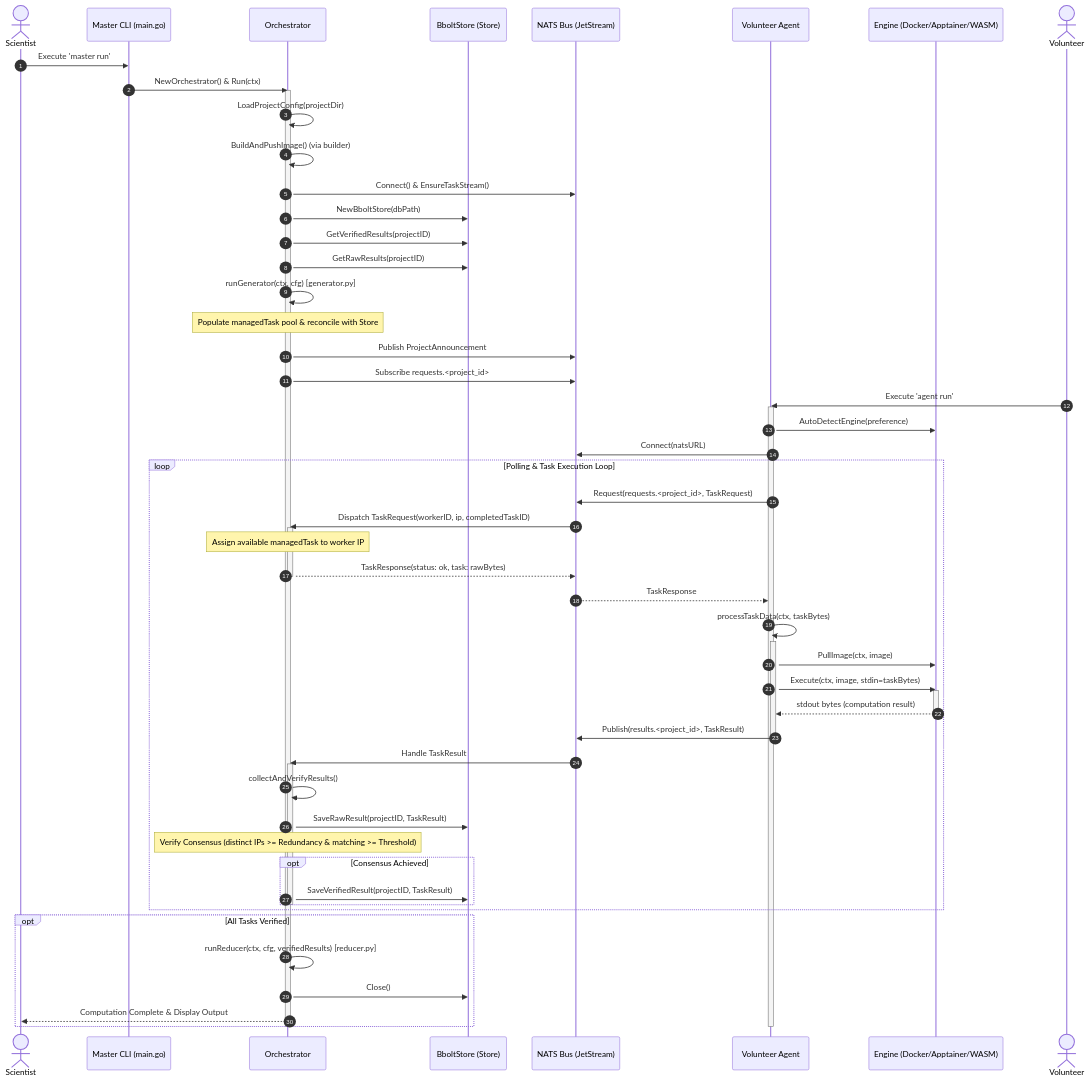
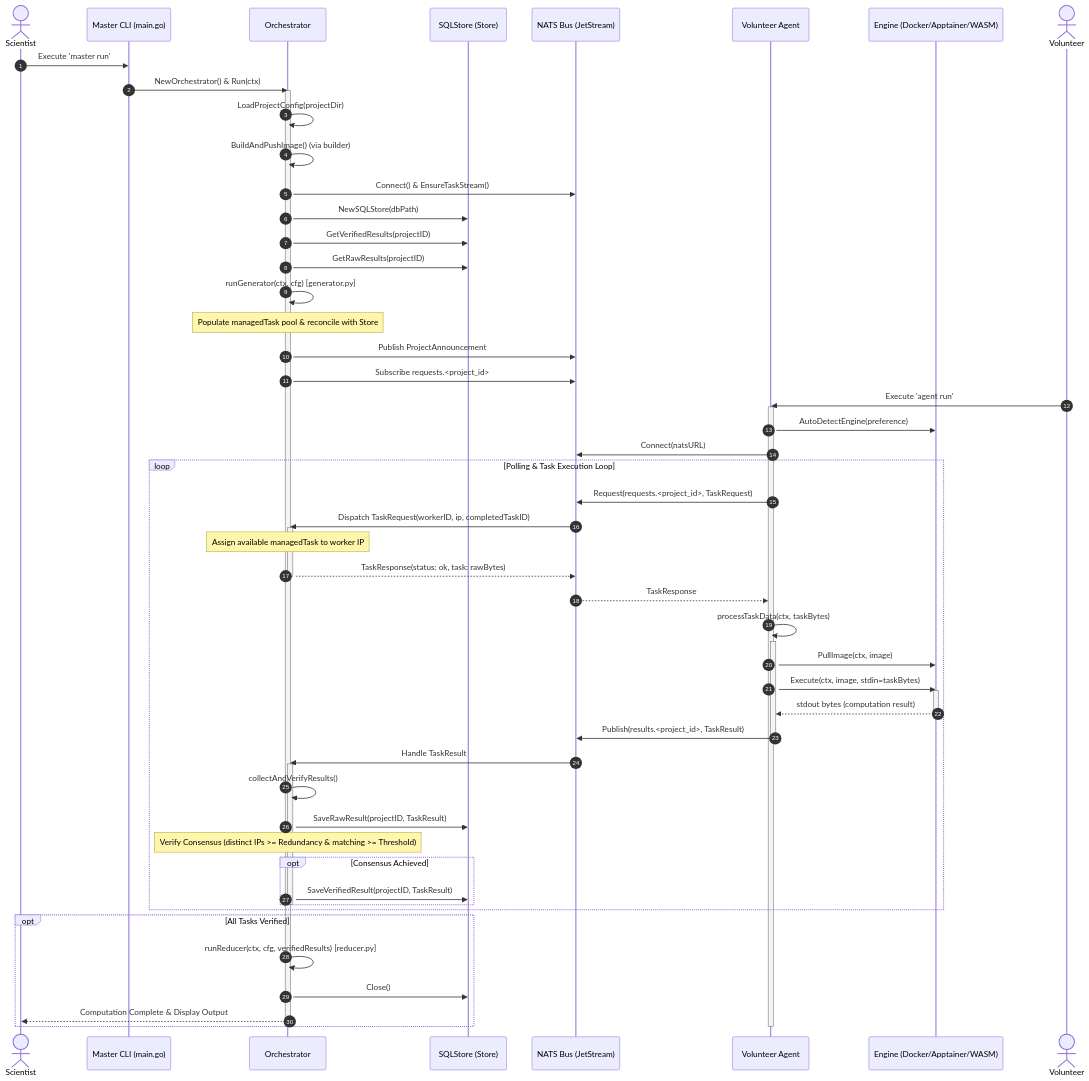
One commit to StanaAndrei/speedboat changed the second of 2 diagrams in README.md. Above: the diagram before and after it, drawn with Mermaid. The commit also changed other lines of this file and 9 other files, not shown here.

````diff
--- a/README.md
+++ b/README.md
@@ -247,81 +248,81 @@
 ```mermaid
 sequenceDiagram
     autonumber
     actor Scientist
     participant MasterCLI as Master CLI (main.go)
     participant Orch as Orchestrator
-    participant Store as BboltStore (Store)
+    participant Store as SQLStore (Store)
     participant NATS as NATS Bus (JetStream)
     participant Agent as Volunteer Agent
     participant Engine as Engine (Docker/Apptainer/WASM)
     actor Volunteer
 
     Scientist->>MasterCLI: Execute 'master run'
     MasterCLI->>Orch: NewOrchestrator() & Run(ctx)
     activate Orch
 
     %% Step 1: Config & Build
     Orch->>Orch: LoadProjectConfig(projectDir)
     Orch->>Orch: BuildAndPushImage() (via builder)
 
     %% Step 2: NATS & Persistence Setup
     Orch->>NATS: Connect() & EnsureTaskStream()
-    Orch->>Store: NewBboltStore(dbPath)
+    Orch->>Store: NewSQLStore(dbPath)
     Orch->>Store: GetVerifiedResults(projectID)
     Orch->>Store: GetRawResults(projectID)
 
     %% Step 3: Task Generation & Queue
     Orch->>Orch: runGenerator(ctx, cfg) [generator.py]
     note over Orch: Populate managedTask pool & reconcile with Store
     Orch->>NATS: Publish ProjectAnnouncement
     Orch->>NATS: Subscribe requests.<project_id>
 
     %% Volunteer Agent starts up
     Volunteer->>Agent: Execute 'agent run'
     activate Agent
     Agent->>Engine: AutoDetectEngine(preference)
     Agent->>NATS: Connect(natsURL)
 
     %% Task Request & Execution Loop
     loop Polling & Task Execution Loop
         Agent->>NATS: Request(requests.<project_id>, TaskRequest)
         NATS->>Orch: Dispatch TaskRequest(workerID, ip, completedTaskID)
         activate Orch
         note over Orch: Assign available managedTask to worker IP
         Orch-->>NATS: TaskResponse(status: ok, task: rawBytes)
         deactivate Orch
         NATS-->>Agent: TaskResponse
 
         Agent->>Agent: processTaskData(ctx, taskBytes)
         activate Agent
         Agent->>Engine: PullImage(ctx, image)
         Agent->>Engine: Execute(ctx, image, stdin=taskBytes)
         activate Engine
         Engine-->>Agent: stdout bytes (computation result)
         deactivate Engine
 
         Agent->>NATS: Publish(results.<project_id>, TaskResult)
         deactivate Agent
 
         %% Master verifies consensus
         NATS->>Orch: Handle TaskResult
         activate Orch
         Orch->>Orch: collectAndVerifyResults()
         Orch->>Store: SaveRawResult(projectID, TaskResult)
         note over Orch: Verify Consensus (distinct IPs >= Redundancy & matching >= Threshold)
         opt Consensus Achieved
             Orch->>Store: SaveVerifiedResult(projectID, TaskResult)
         end
         deactivate Orch
     end
 
     %% Step 4: Reduction
     opt All Tasks Verified
         Orch->>Orch: runReducer(ctx, cfg, verifiedResults) [reducer.py]
         Orch->>Store: Close()
         Orch-->>Scientist: Computation Complete & Display Output
     end
 
     deactivate Orch
     deactivate Agent
 ```
````
